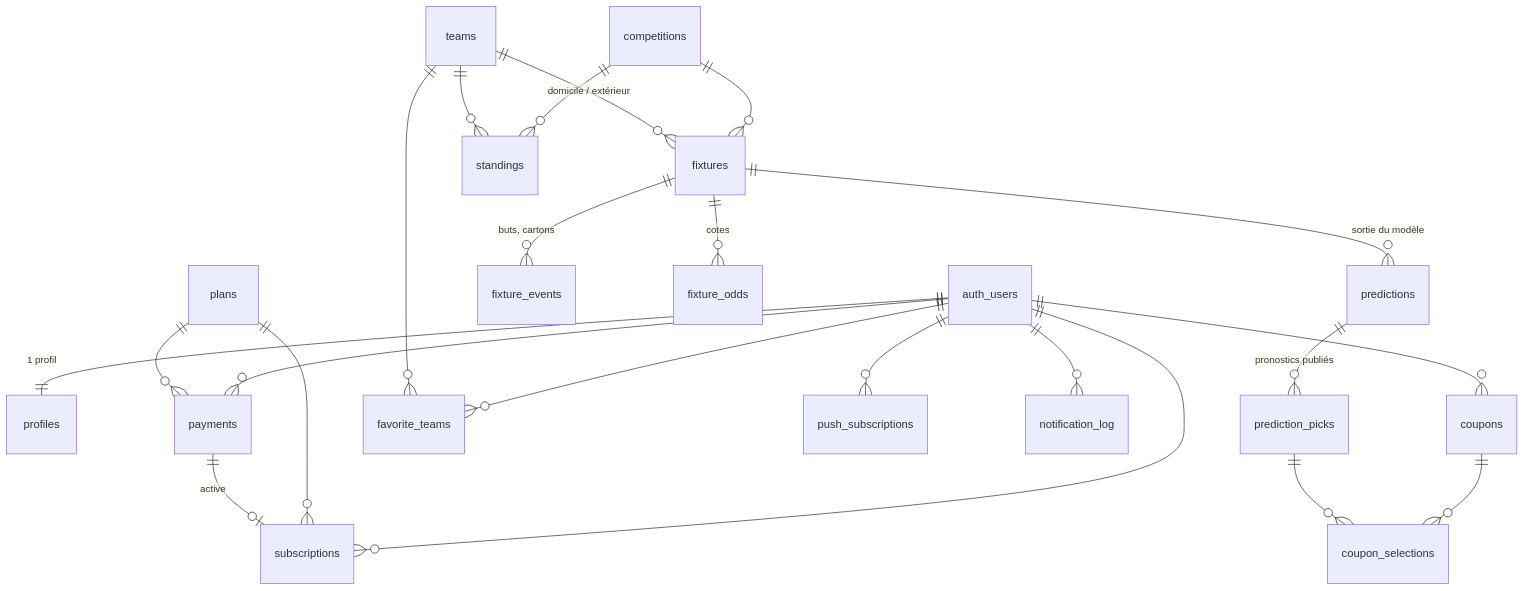
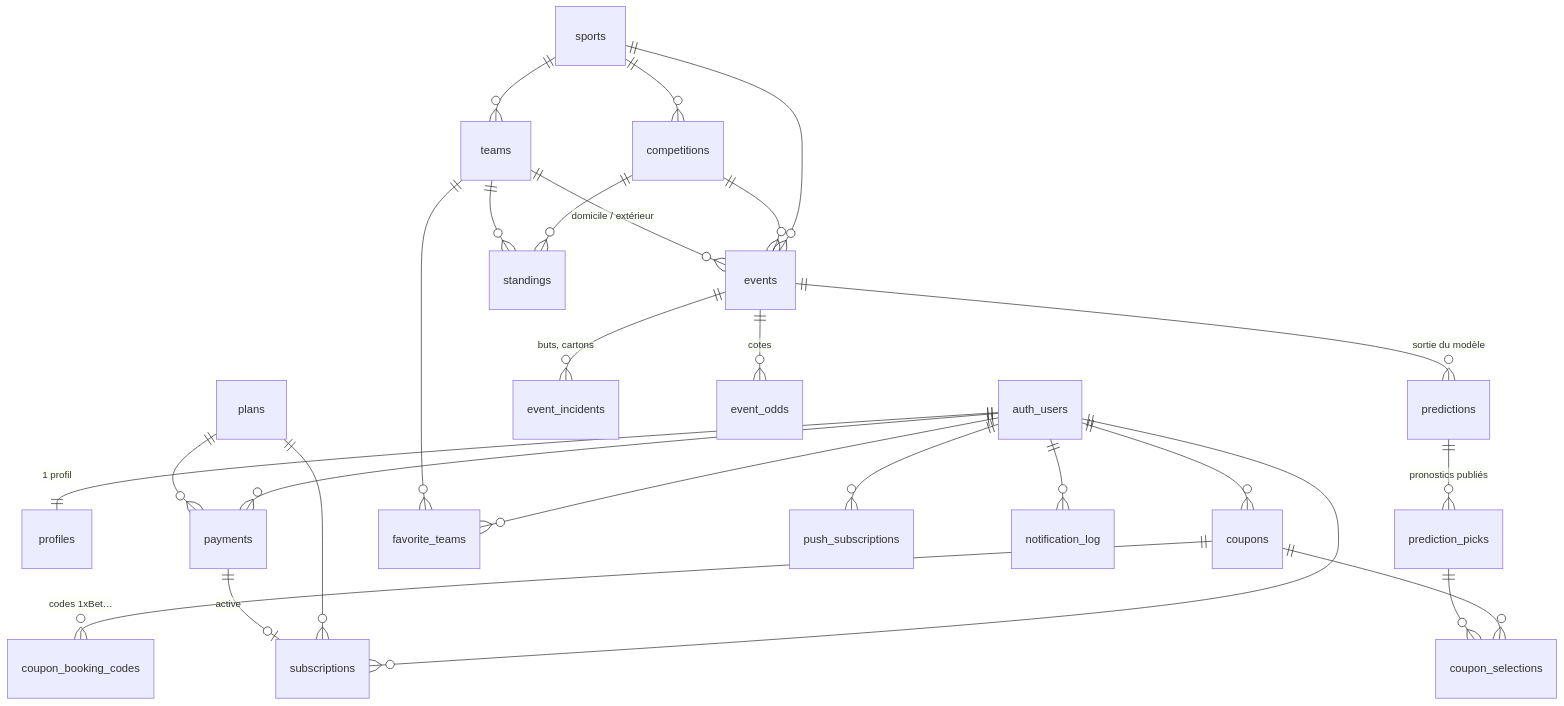
One commit to digitalbrainnk-boop/Nk changed the diagram in winner-pronostic/docs/ARCHITECTURE.md. Above: the diagram before and after it, drawn with Mermaid. The commit also changed other lines of this file and 52 other files, not shown here.

First line of the commit message:
Multi-sports, générateur « code de X », analyse de coupon et interface sportive

````diff
--- a/winner-pronostic/docs/ARCHITECTURE.md
+++ b/winner-pronostic/docs/ARCHITECTURE.md
@@ -10,24 +10,28 @@
 ```mermaid
 erDiagram
   auth_users ||--|| profiles : "1 profil"
   auth_users ||--o{ subscriptions : ""
   auth_users ||--o{ payments : ""
   auth_users ||--o{ coupons : ""
   auth_users ||--o{ favorite_teams : ""
   auth_users ||--o{ push_subscriptions : ""
   auth_users ||--o{ notification_log : ""
   plans ||--o{ payments : ""
   plans ||--o{ subscriptions : ""
   payments ||--o| subscriptions : "active"
-  competitions ||--o{ fixtures : ""
+  sports ||--o{ competitions : ""
+  sports ||--o{ teams : ""
+  sports ||--o{ events : ""
+  competitions ||--o{ events : ""
   competitions ||--o{ standings : ""
-  teams ||--o{ fixtures : "domicile / extérieur"
+  teams ||--o{ events : "domicile / extérieur"
   teams ||--o{ standings : ""
   teams ||--o{ favorite_teams : ""
-  fixtures ||--o{ fixture_events : "buts, cartons"
-  fixtures ||--o{ fixture_odds : "cotes"
-  fixtures ||--o{ predictions : "sortie du modèle"
+  events ||--o{ event_incidents : "buts, cartons"
+  events ||--o{ event_odds : "cotes"
+  events ||--o{ predictions : "sortie du modèle"
   predictions ||--o{ prediction_picks : "pronostics publiés"
   coupons ||--o{ coupon_selections : ""
+  coupons ||--o{ coupon_booking_codes : "codes 1xBet…"
   prediction_picks ||--o{ coupon_selections : ""
 ```
````
